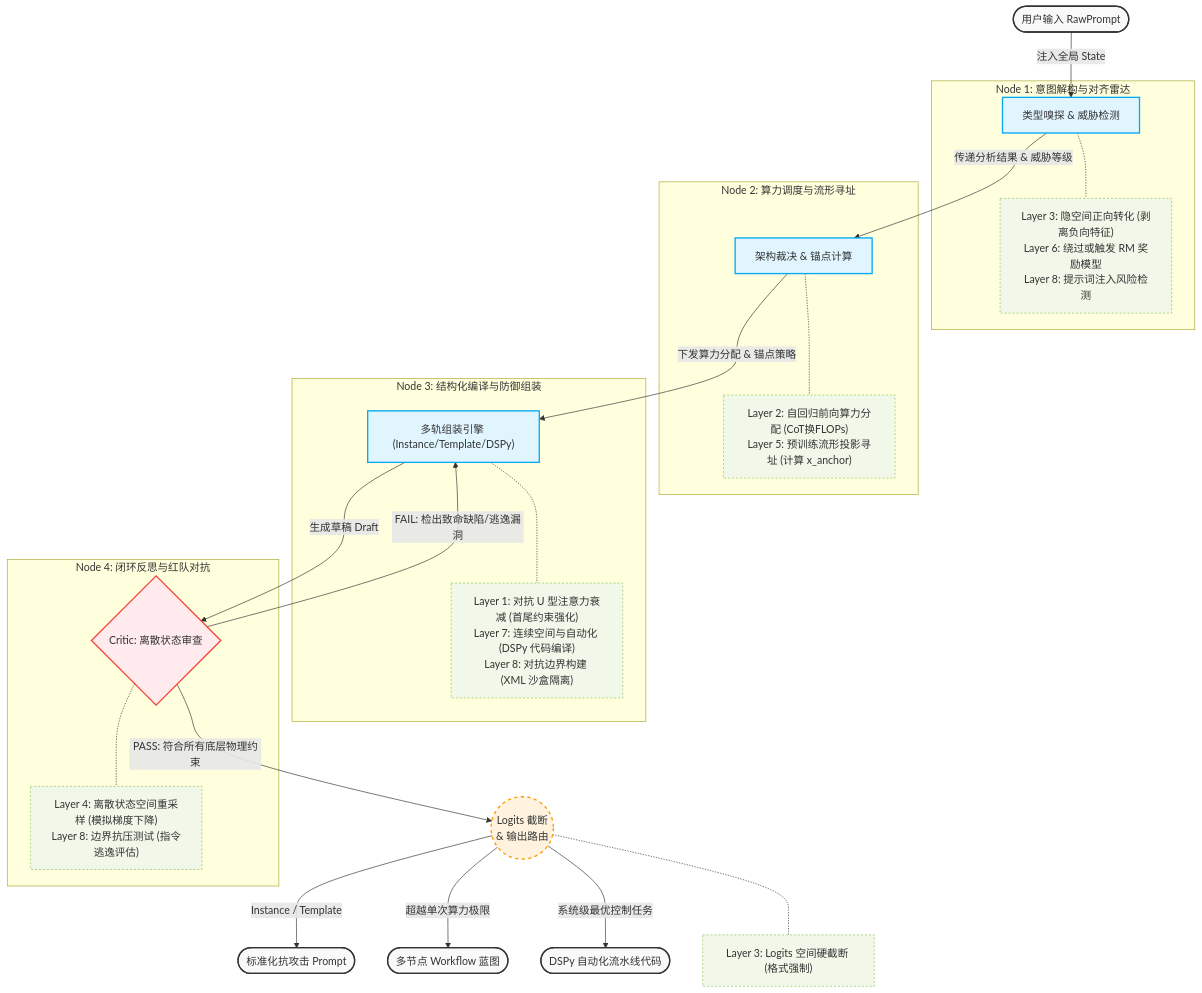
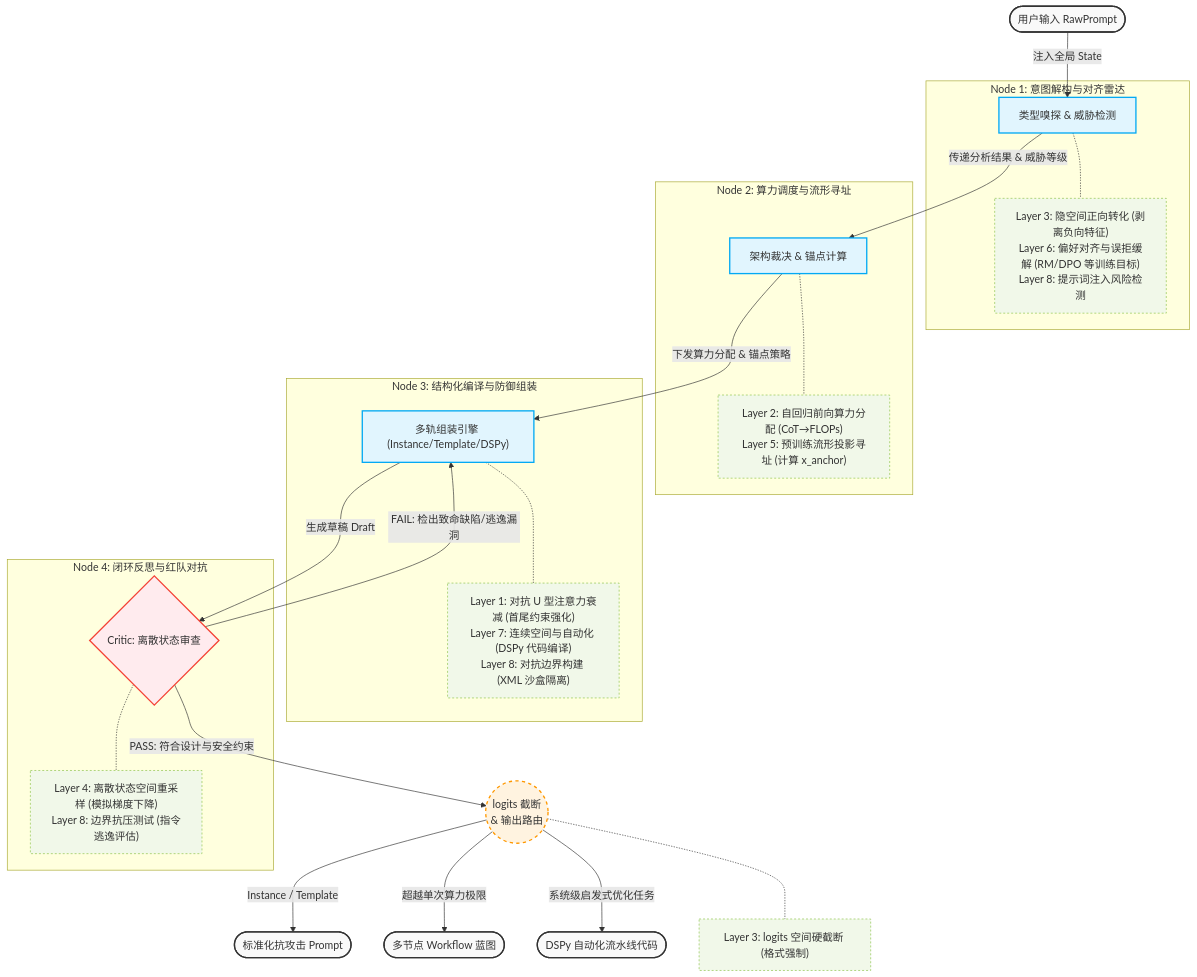
The diagram in docs/THEORY.zh.md (RimmonXIA/Prompt_Polisher), drawn with Mermaid before and after one commit. The commit also changed other lines of this file and 24 other files, not shown here.

````diff
--- a/docs/THEORY.zh.md
+++ b/docs/THEORY.zh.md
@@ -8,71 +9,71 @@
 ```mermaid
 graph TD
     %% 定义样式
     classDef inputOutput fill:#f9f9f9,stroke:#333,stroke-width:2px;
     classDef node fill:#e1f5fe,stroke:#03a9f4,stroke-width:2px;
     classDef critic fill:#ffebee,stroke:#f44336,stroke-width:2px;
     classDef routing fill:#fff3e0,stroke:#ff9800,stroke-width:2px,stroke-dasharray: 5 5;
     classDef theory fill:#f1f8e9,stroke:#8bc34a,stroke-width:1px,stroke-dasharray: 3 3;
 
     %% 输入
     Input(["用户输入 RawPrompt"])
 
     %% Node 1
     subgraph S1 ["Node 1: 意图解构与对齐雷达"]
         N1["类型嗅探 & 威胁检测"]
-        T1["Layer 3: 隐空间正向转化 (剥离负向特征)<br>Layer 6: 绕过或触发 RM 奖励模型<br>Layer 8: 提示词注入风险检测"]
+        T1["Layer 3: 隐空间正向转化 (剥离负向特征)<br>Layer 6: 偏好对齐与误拒缓解 (RM/DPO 等训练目标)<br>Layer 8: 提示词注入风险检测"]
         N1 -.- T1
     end
 
     %% Node 2
     subgraph S2 ["Node 2: 算力调度与流形寻址"]
         N2["架构裁决 & 锚点计算"]
-        T2["Layer 2: 自回归前向算力分配 (CoT换FLOPs)<br>Layer 5: 预训练流形投影寻址 (计算 x_anchor)"]
+        T2["Layer 2: 自回归前向算力分配 (CoT→FLOPs)<br>Layer 5: 预训练流形投影寻址 (计算 x_anchor)"]
         N2 -.- T2
     end
 
     %% Node 3
     subgraph S3 ["Node 3: 结构化编译与防御组装"]
         N3["多轨组装引擎 (Instance/Template/DSPy)"]
         T3["Layer 1: 对抗 U 型注意力衰减 (首尾约束强化)<br>Layer 7: 连续空间与自动化 (DSPy 代码编译)<br>Layer 8: 对抗边界构建 (XML 沙盒隔离)"]
         N3 -.- T3
     end
 
     %% Node 4
     subgraph S4 ["Node 4: 闭环反思与红队对抗"]
         N4{"Critic: 离散状态审查"}
         T4["Layer 4: 离散状态空间重采样 (模拟梯度下降)<br>Layer 8: 边界抗压测试 (指令逃逸评估)"]
         N4 -.- T4
     end
 
     %% 输出
     Output1(["标准化抗攻击 Prompt"])
     Output2(["多节点 Workflow 蓝图"])
     Output3(["DSPy 自动化流水线代码"])
 
     %% 流程连接
     Input -->|注入全局 State| N1
     N1 -->|传递分析结果 & 威胁等级| N2
     N2 -->|下发算力分配 & 锚点策略| N3
     N3 -->|生成草稿 Draft| N4
     
     %% 路由循环
     N4 -->|FAIL: 检出致命缺陷/逃逸漏洞| N3
-    N4 -->|PASS: 符合所有底层物理约束| Router(("Logits 截断<br>& 输出路由"))
+    N4 -->|PASS: 符合设计与安全约束| Router(("logits 截断<br>& 输出路由"))
 
     %% 分发
     Router -->|Instance / Template| Output1
     Router -->|超越单次算力极限| Output2
-    Router -->|系统级最优控制任务| Output3
+    Router -->|系统级启发式优化任务| Output3
 
-    %% Layer 6 Logits 补充
-    T_Logits["Layer 3: Logits 空间硬截断 (格式强制)"]
+    %% Layer 6 logits 补充
+    T_Logits["Layer 3: logits 空间硬截断 (格式强制)"]
     Router -.- T_Logits
 
     %% 应用样式
     class Input,Output1,Output2,Output3 inputOutput;
     class N1,N2,N3 node;
     class N4 critic;
     class Router routing;
     class T1,T2,T3,T4,T_Logits theory;
 ```
````
